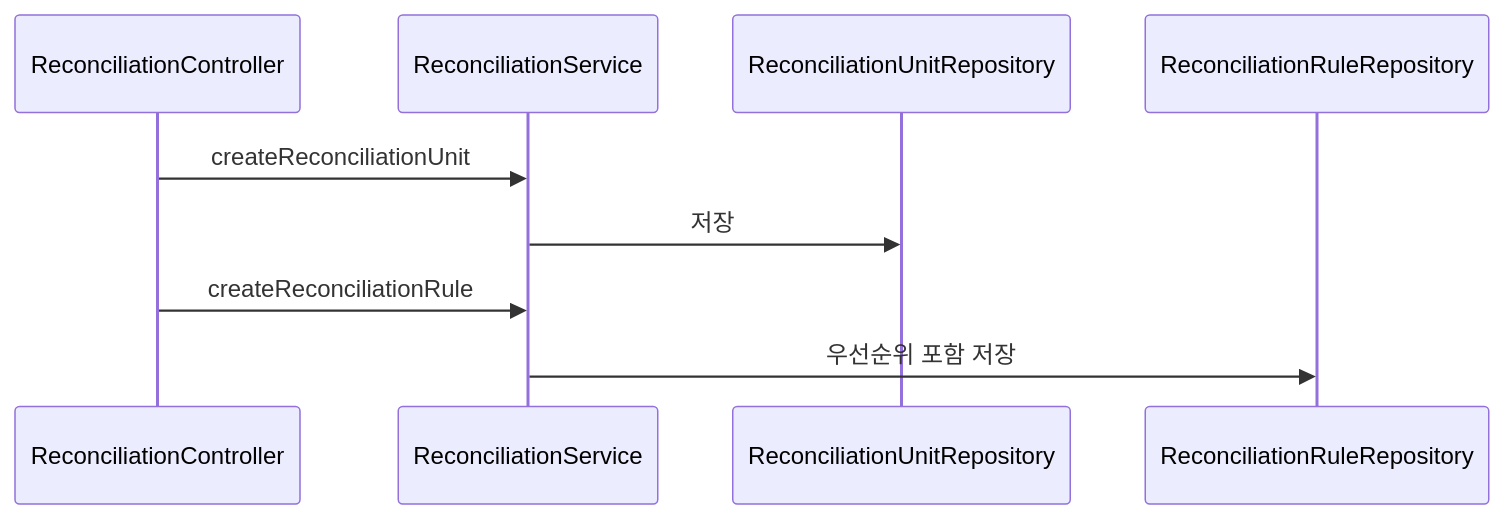
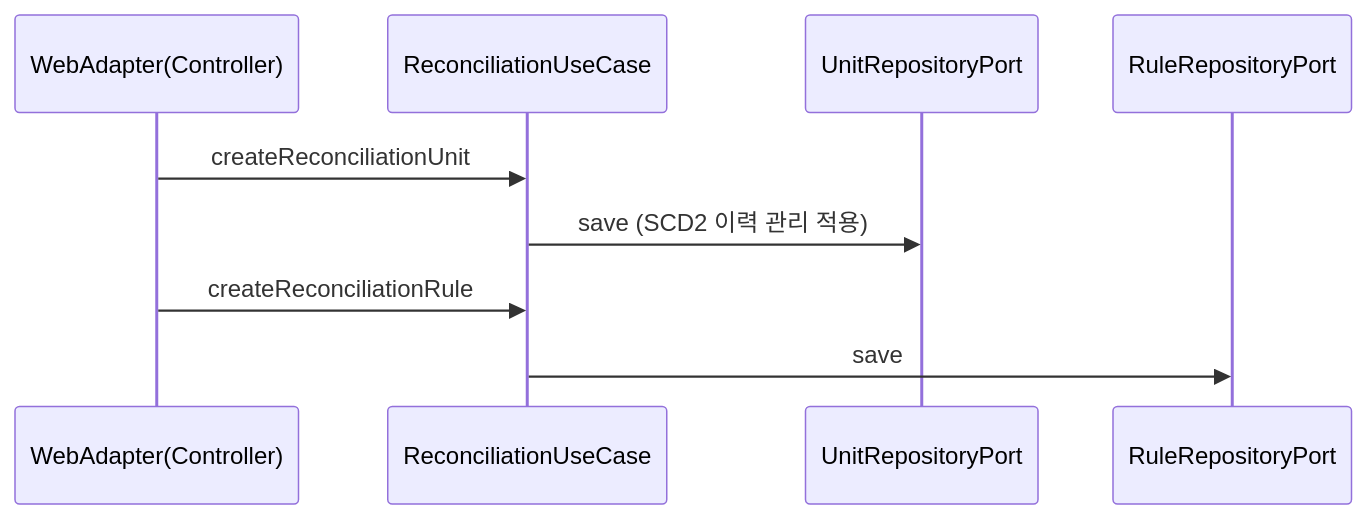
The second of 3 diagrams in reconciliation/docs/process-flow.md (skyg547/account), drawn with Mermaid before and after one commit. The commit also changed other lines of this file and 94 other files, not shown here.

````diff
--- a/reconciliation/docs/process-flow.md
+++ b/reconciliation/docs/process-flow.md
@@ -22,12 +26,12 @@
 ```mermaid
 sequenceDiagram
-    participant API as ReconciliationController
-    participant Service as ReconciliationService
-    participant UnitRepo as ReconciliationUnitRepository
-    participant RuleRepo as ReconciliationRuleRepository
+    participant API as WebAdapter(Controller)
+    participant UseCase as ReconciliationUseCase
+    participant UnitPort as UnitRepositoryPort
+    participant RulePort as RuleRepositoryPort
 
-    API->>Service: createReconciliationUnit
-    Service->>UnitRepo: 저장
-    API->>Service: createReconciliationRule
-    Service->>RuleRepo: 우선순위 포함 저장
+    API->>UseCase: createReconciliationUnit
+    UseCase->>UnitPort: save (SCD2 이력 관리 적용)
+    API->>UseCase: createReconciliationRule
+    UseCase->>RulePort: save
 ```
````
